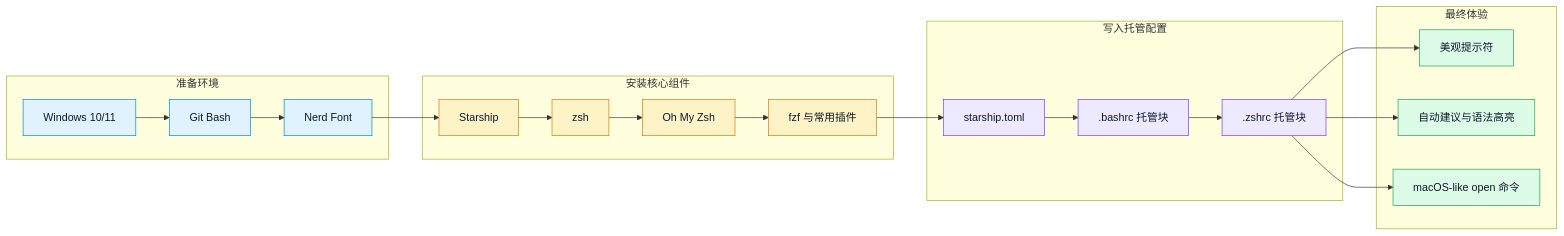
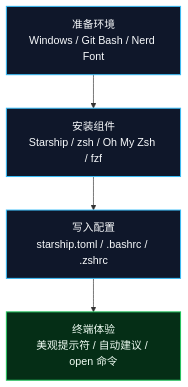
One commit to gyf-dev/windows-bash-zsh changed the diagram in README.md. Above: the diagram before and after it, drawn with Mermaid. The commit also changed other lines of this file and 2 other files, not shown here.

Commit message:
optimization

````diff
--- a/README.md
+++ b/README.md
@@ -28,44 +34,15 @@
 ```mermaid
-flowchart LR
-  subgraph P["准备环境"]
-    A["Windows 10/11"]
-    B["Git Bash"]
-    C["Nerd Font"]
-  end
+flowchart TB
+  A["准备环境<br/>Windows / Git Bash / Nerd Font"]
+  B["安装组件<br/>Starship / zsh / Oh My Zsh / fzf"]
+  C["写入配置<br/>starship.toml / .bashrc / .zshrc"]
+  D["终端体验<br/>美观提示符 / 自动建议 / open 命令"]
 
-  subgraph I["安装核心组件"]
-    D["Starship"]
-    E["zsh"]
-    F["Oh My Zsh"]
-    G["fzf 与常用插件"]
-  end
+  A --> B --> C --> D
 
-  subgraph Cfg["写入托管配置"]
-    H["starship.toml"]
-    I1[".bashrc 托管块"]
-    J[".zshrc 托管块"]
-  end
+  classDef step fill:#0f172a,stroke:#38bdf8,stroke-width:1.5px,color:#f8fafc
+  classDef done fill:#052e16,stroke:#22c55e,stroke-width:1.5px,color:#f0fdf4
 
-  subgraph R["最终体验"]
-    K["美观提示符"]
-    L["自动建议与语法高亮"]
-    M["macOS-like open 命令"]
-  end
-
-  A --> B --> C --> D --> E --> F --> G --> H
-  H --> I1
-  I1 --> J
-  J --> K
-  J --> L
-  J --> M
-
-  classDef prep fill:#e0f2fe,stroke:#0284c7,color:#0f172a
-  classDef install fill:#fef3c7,stroke:#d97706,color:#0f172a
-  classDef config fill:#ede9fe,stroke:#7c3aed,color:#0f172a
-  classDef result fill:#dcfce7,stroke:#16a34a,color:#0f172a
-
-  class A,B,C prep
-  class D,E,F,G install
-  class H,I1,J config
-  class K,L,M result
+  class A,B,C step
+  class D done
 ```
````
